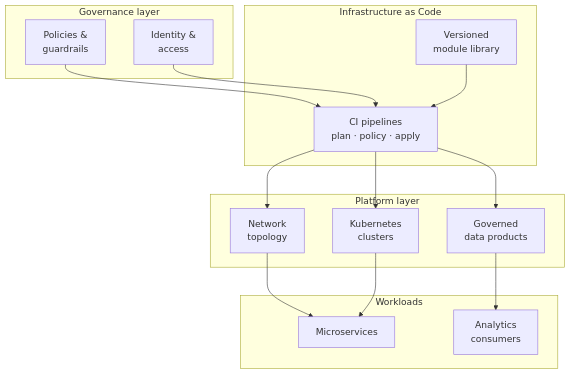
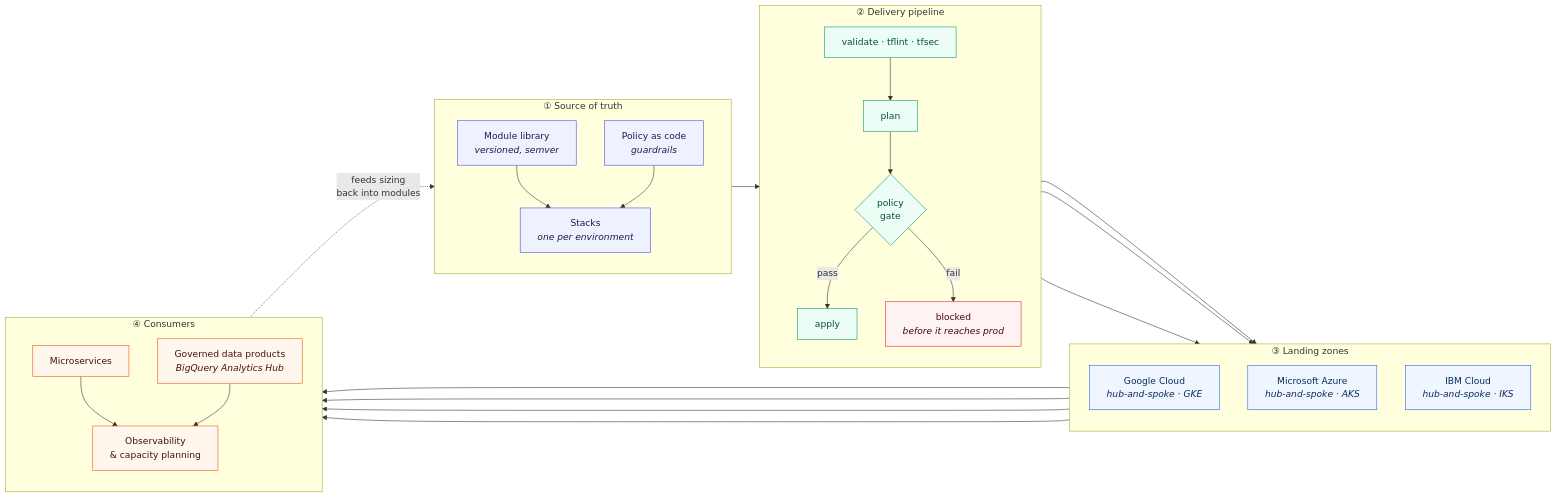
Before and after one commit to mattheusamericano/mattheusamericano: the diagram in readme.md, drawn with Mermaid.

Commit message:
Revise flowchart in README for clarity
Updated the flowchart to reflect changes in governance and delivery pipeline structure.

````diff
--- a/readme.md
+++ b/readme.md
@@ -39,33 +39,60 @@
 ```mermaid
-flowchart TB
-    subgraph GOV["Governance layer"]
-        POL["Policies &<br/>guardrails"]
-        ID["Identity &<br/>access"]
+flowchart LR
+    subgraph SRC["① Source of truth"]
+        direction TB
+        MOD["Module library<br/><i>versioned, semver</i>"]
+        STACK["Stacks<br/><i>one per environment</i>"]
+        POL["Policy as code<br/><i>guardrails</i>"]
+        MOD --> STACK
+        POL --> STACK
     end
 
-    subgraph IAC["Infrastructure as Code"]
-        MOD["Versioned<br/>module library"]
-        PIPE["CI pipelines<br/>plan · policy · apply"]
+    subgraph CI["② Delivery pipeline"]
+        direction TB
+        VAL["validate · tflint · tfsec"]
+        PLAN["plan"]
+        GATE{"policy<br/>gate"}
+        APPLY["apply"]
+        VAL --> PLAN --> GATE
+        GATE -->|pass| APPLY
+        GATE -->|fail| STOP["blocked<br/><i>before it reaches prod</i>"]
     end
 
-    subgraph PLAT["Platform layer"]
-        NET["Network<br/>topology"]
-        K8S["Kubernetes<br/>clusters"]
-        DATA["Governed<br/>data products"]
+    subgraph CLOUDS["③ Landing zones"]
+        direction TB
+        GCP["Google Cloud<br/><i>hub-and-spoke · GKE</i>"]
+        AZ["Microsoft Azure<br/><i>hub-and-spoke · AKS</i>"]
+        IBM["IBM Cloud<br/><i>hub-and-spoke · IKS</i>"]
     end
 
-    subgraph RUN["Workloads"]
+    subgraph CONS["④ Consumers"]
+        direction TB
         APP["Microservices"]
-        ANA["Analytics<br/>consumers"]
+        DATA["Governed data products<br/><i>BigQuery Analytics Hub</i>"]
+        OBS["Observability<br/>&amp; capacity planning"]
     end
 
-    POL --> PIPE
-    ID --> PIPE
-    MOD --> PIPE
-    PIPE --> NET
-    PIPE --> K8S
-    PIPE --> DATA
-    NET --> APP
-    K8S --> APP
-    DATA --> ANA
+    STACK --> VAL
+    APPLY --> GCP
+    APPLY --> AZ
+    APPLY --> IBM
+    GCP --> APP
+    AZ --> APP
+    IBM --> APP
+    GCP --> DATA
+    APP --> OBS
+    DATA --> OBS
+    OBS -.->|feeds sizing<br/>back into modules| MOD
+
+    classDef src fill:#EEF2FF,stroke:#4F46E5,stroke-width:1px,color:#1E1B4B
+    classDef ci fill:#ECFDF5,stroke:#059669,stroke-width:1px,color:#064E3B
+    classDef cloud fill:#EFF6FF,stroke:#2563EB,stroke-width:1px,color:#0C2B5E
+    classDef cons fill:#FFF7ED,stroke:#EA580C,stroke-width:1px,color:#431407
+    classDef blocked fill:#FEF2F2,stroke:#DC2626,stroke-width:1px,color:#450A0A
+
+    class MOD,STACK,POL src
+    class VAL,PLAN,GATE,APPLY ci
+    class GCP,AZ,IBM cloud
+    class APP,DATA,OBS cons
+    class STOP blocked
 ```
````
